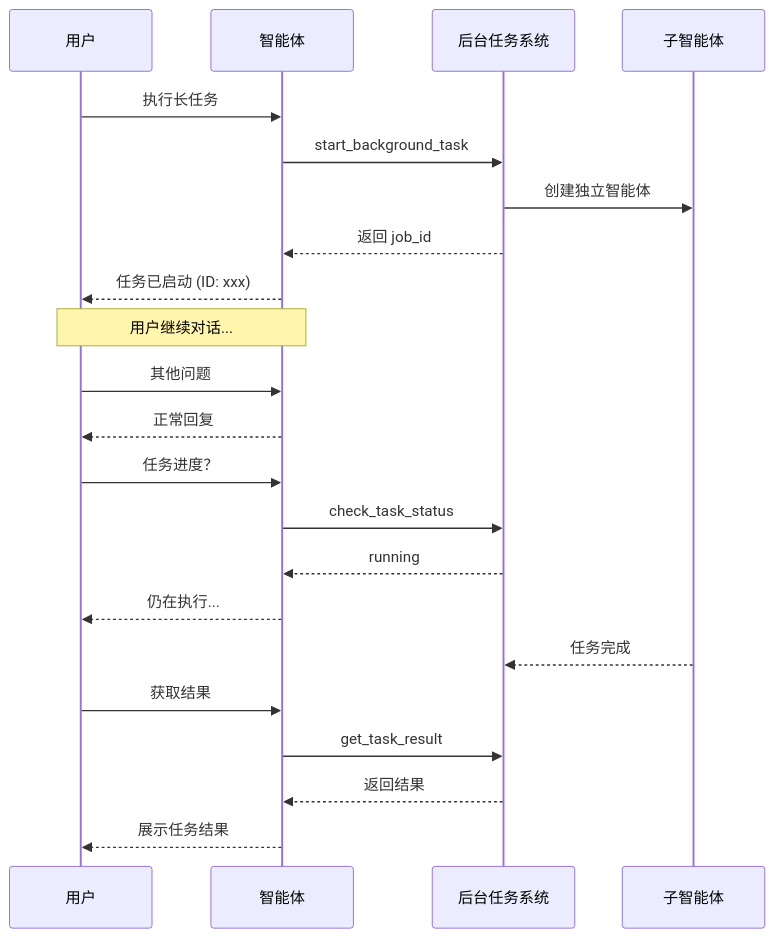
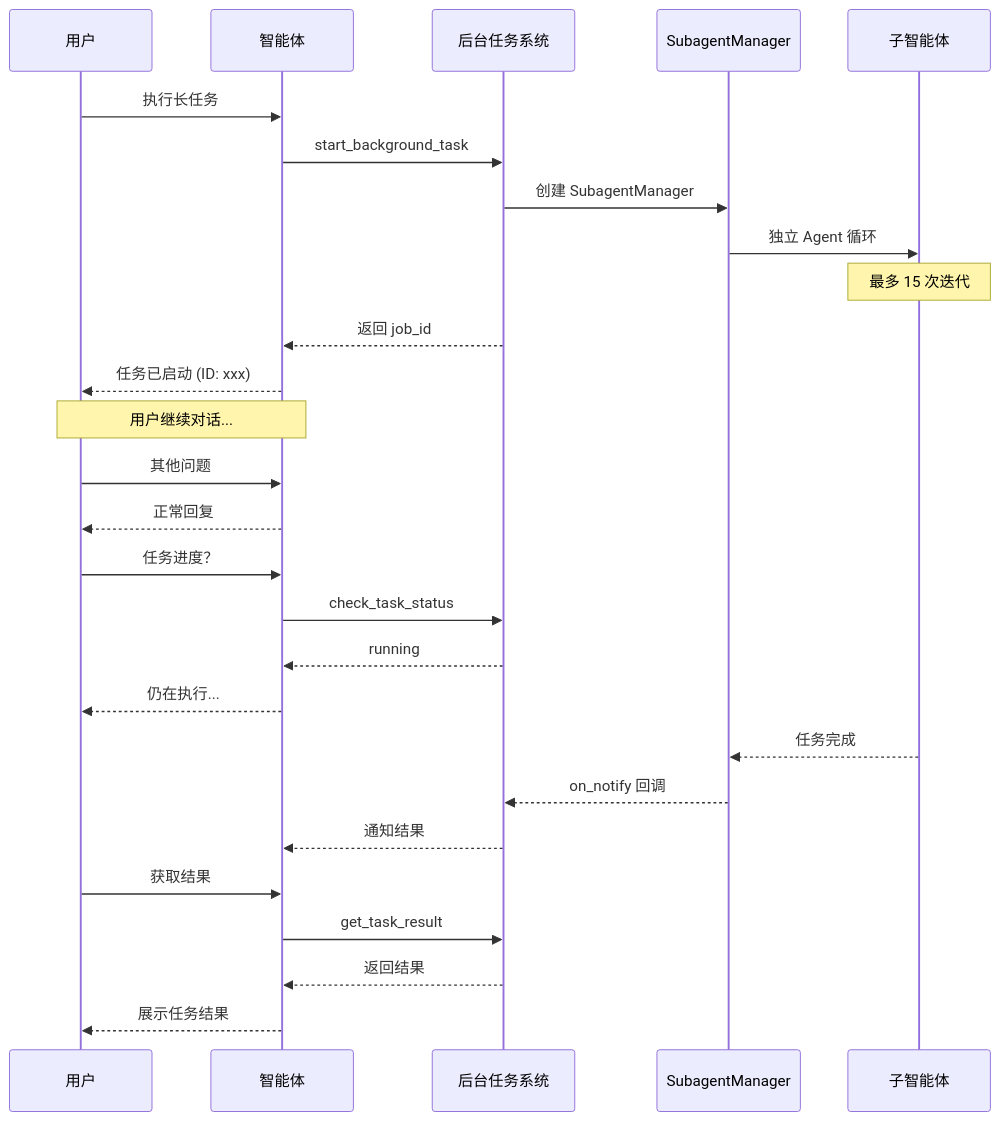
One commit to zhangjingyuan177-hue/FinchBot changed the eighth of 15 diagrams in docs/zh-CN/blog/finchbot-flexible-ai-agent-framework.md. Above: the diagram before and after it, drawn with Mermaid. The commit also changed other lines of this file and 8 other files, not shown here.

First line of the commit message:
docs: 全面更新文档，反映 CronService 和 SubagentManager 改进

````diff
--- a/docs/zh-CN/blog/finchbot-flexible-ai-agent-framework.md
+++ b/docs/zh-CN/blog/finchbot-flexible-ai-agent-framework.md
@@ -420,29 +429,34 @@
 ```mermaid
 sequenceDiagram
     participant U as 用户
     participant A as 智能体
     participant BG as 后台任务系统
-    participant S as 子智能体
+    participant SM as SubagentManager
+    participant SA as 子智能体
 
     U->>A: 执行长任务
     A->>BG: start_background_task
-    BG->>S: 创建独立智能体
+    BG->>SM: 创建 SubagentManager
+    SM->>SA: 独立 Agent 循环
+    Note over SA: 最多 15 次迭代
     BG-->>A: 返回 job_id
     A-->>U: 任务已启动 (ID: xxx)
     
     Note over U,A: 用户继续对话...
     
     U->>A: 其他问题
     A-->>U: 正常回复
     
     U->>A: 任务进度？
     A->>BG: check_task_status
     BG-->>A: running
     A-->>U: 仍在执行...
     
-    S-->>BG: 任务完成
+    SA-->>SM: 任务完成
+    SM-->>BG: on_notify 回调
+    BG-->>A: 通知结果
     U->>A: 获取结果
     A->>BG: get_task_result
     BG-->>A: 返回结果
     A-->>U: 展示任务结果
 ```
````
